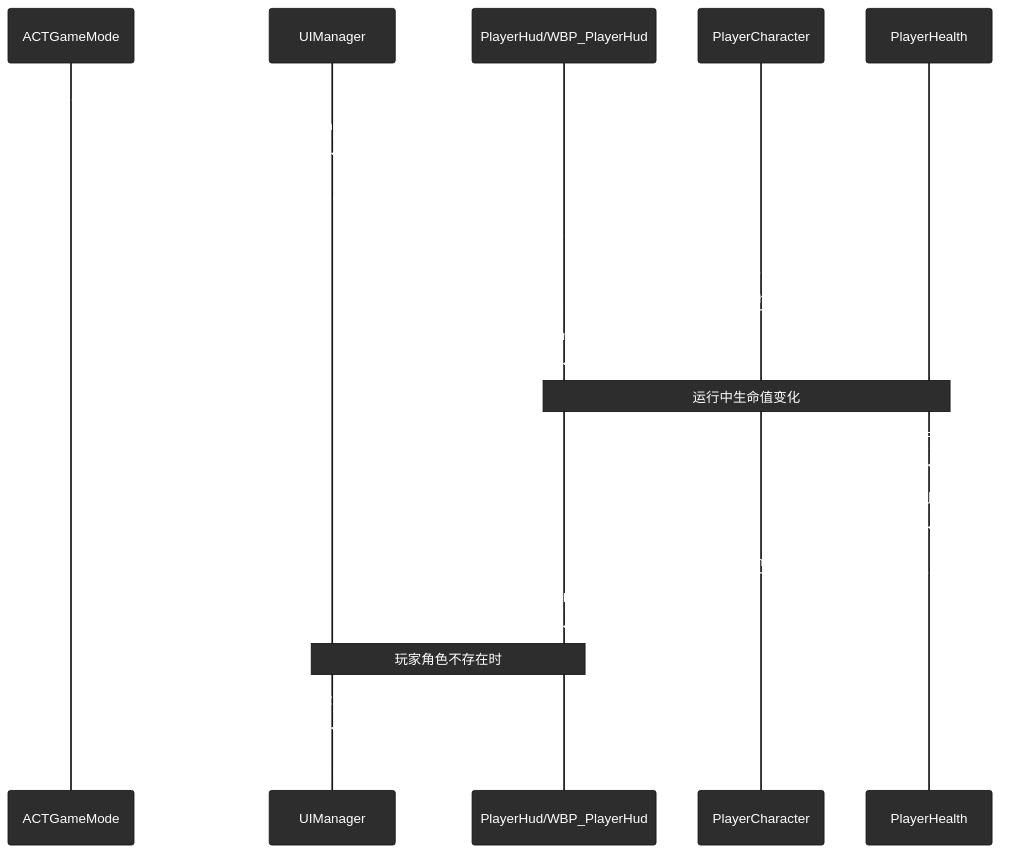
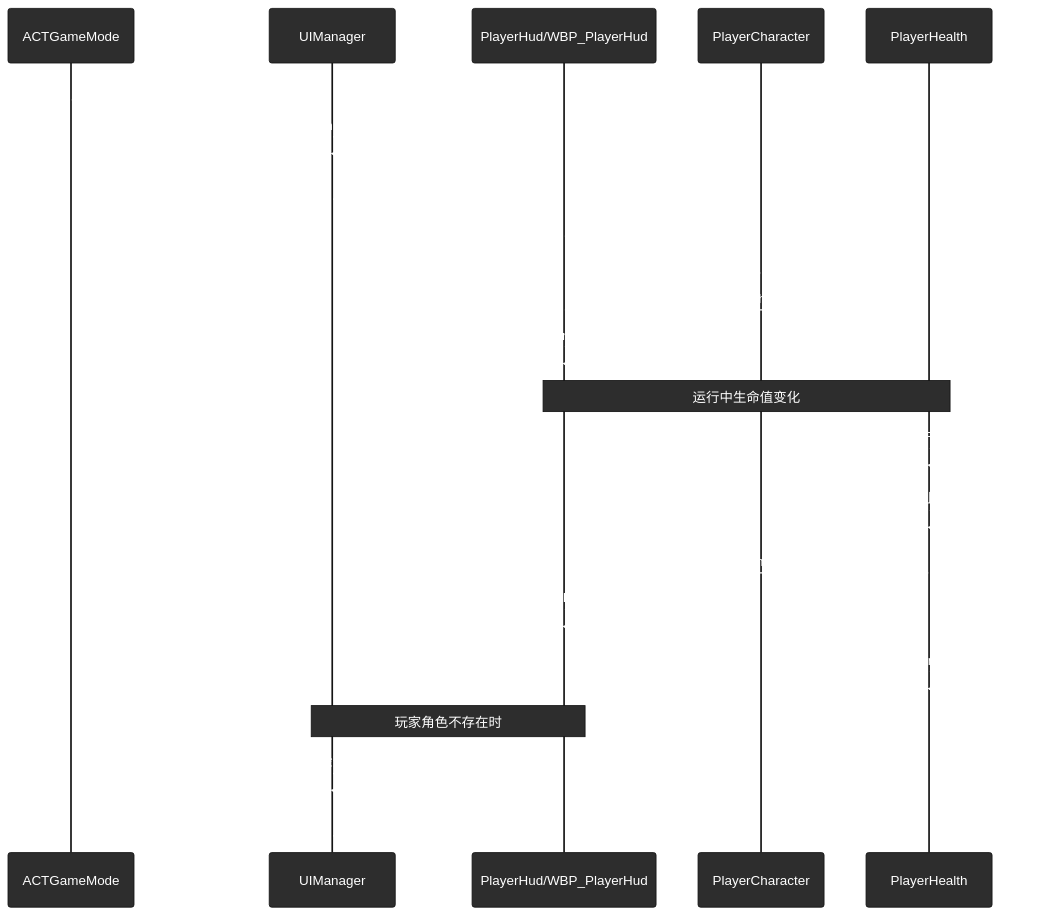
Before and after one commit to gd-dd/CUSGA_game: the fourth of 4 diagrams in README/C++代码结构说明.md, drawn with Mermaid. The commit also changed other lines of this file and 10 other files, not shown here.

````diff
--- a/README/C++代码结构说明.md
+++ b/README/C++代码结构说明.md
@@ -714,27 +715,28 @@
 ```mermaid
 %%{init: {'theme': 'base', 'themeVariables': { 'background': '#000000', 'primaryColor': '#2D2D2D', 'primaryTextColor': '#FFFFFF', 'lineColor': '#FFFFFF', 'noteBkgColor': '#2D2D2D', 'noteTextColor': '#FFFFFF'}}}%%
 sequenceDiagram
     participant GM as ACTGameMode
     participant HUD as UIManager
     participant Widget as PlayerHud/WBP_PlayerHud
     participant Player as PlayerCharacter
     participant Health as PlayerHealth
 
     GM->>HUD: 指定默认 HUDClass = UIManager
     HUD->>HUD: BeginPlay()
     HUD->>Widget: InitializeUI() / CreateWidget()
     Widget->>Player: 获取拥有者玩家角色
     Player-->>Widget: GetPlayerHealth()
     Widget->>Health: 绑定 OnHealthChange
     Widget->>Widget: UpdateHealth(CurrentHealth, MaxHealth)
 
     note over Health, Widget: 运行中生命值变化
     Health->>Health: AddHealth() / ReduceHealth()
     Health->>Health: 修正上下界
     Health->>Widget: OnHealthChange(CurrentHealth, MaxHealth)
     Widget->>Widget: UpdateHealth()
+    Health->>Health: 血量归零时广播 OnPlayerDeath(true)
 
     note over HUD, Widget: 玩家角色不存在时
     HUD->>HUD: Tick() 检查 Pawn
     HUD->>Widget: DestroyUI()
 ```
````
